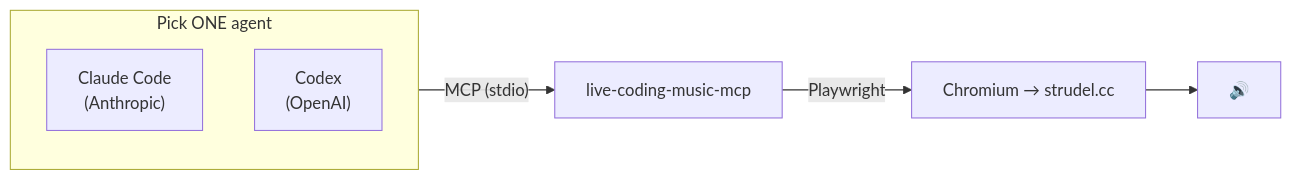
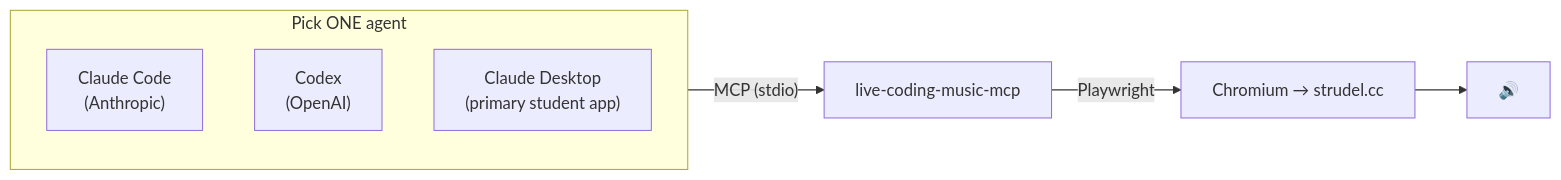
One commit to simonebonato/exploration-week-strudel-mcp changed the diagram in docs/setup/README.md. Above: the diagram before and after it, drawn with Mermaid. The commit also changed other lines of this file and 10 other files, not shown here.

````diff
--- a/docs/setup/README.md
+++ b/docs/setup/README.md
@@ -13,10 +13,11 @@
 ```mermaid
 flowchart LR
     subgraph agents["Pick ONE agent"]
         CC["Claude Code<br/>(Anthropic)"]
         CX["Codex<br/>(OpenAI)"]
+        CD["Claude Desktop<br/>(primary student app)"]
     end
     agents -->|"MCP (stdio)"| S["live-coding-music-mcp"]
     S -->|Playwright| B["Chromium → strudel.cc"]
     B --> N["🔊"]
 ```
````
